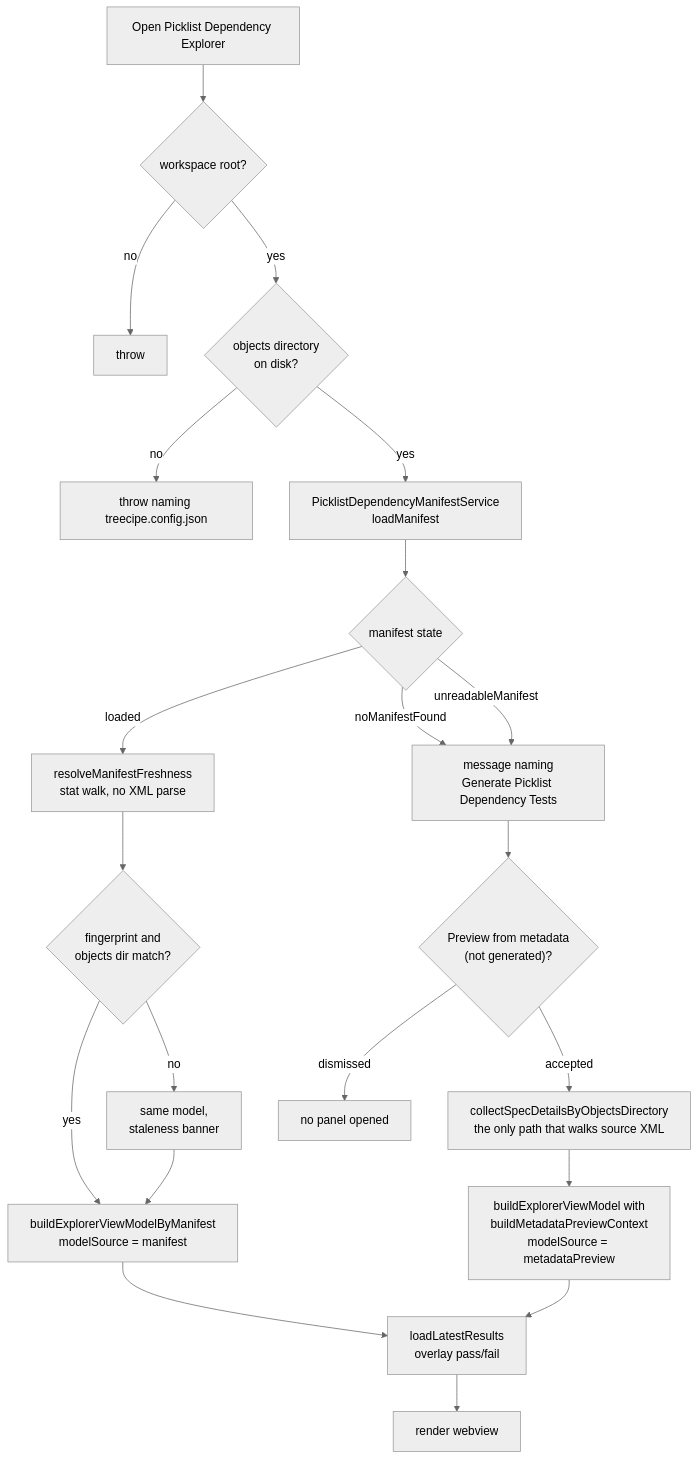
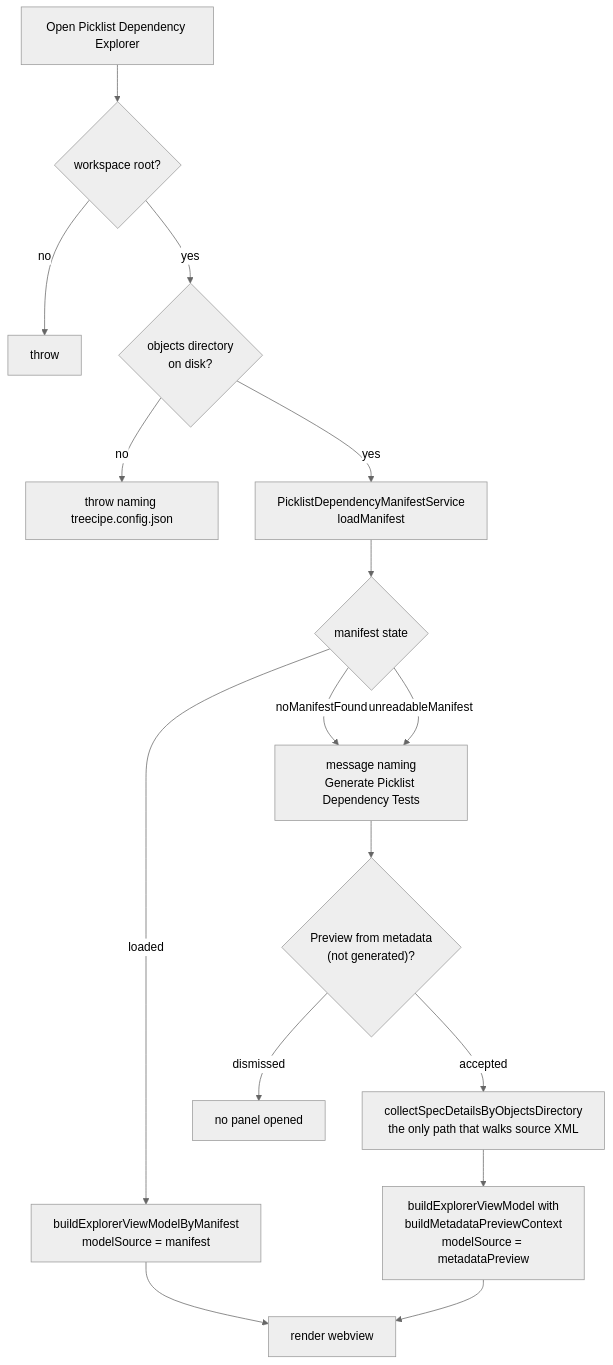
The ninth of 10 diagrams in scripts/picklist-dependency-demo/PICKLIST-DEPENDENCY-FLOW.md (jdschleicher/Salesforce-Data-Treecipe), drawn with Mermaid (neutral theme) before and after one commit. The commit also changed other lines of this file and 9 other files, not shown here.

````diff
--- a/scripts/picklist-dependency-demo/PICKLIST-DEPENDENCY-FLOW.md
+++ b/scripts/picklist-dependency-demo/PICKLIST-DEPENDENCY-FLOW.md
@@ -488,28 +490,23 @@
 ```mermaid
 flowchart TD
     START["Open Picklist Dependency Explorer"] --> ROOT{"workspace root?"}
     ROOT -- no --> THROW1["throw"]
     ROOT -- yes --> OBJDIR{"objects directory<br/>on disk?"}
     OBJDIR -- no --> THROW2["throw naming treecipe.config.json"]
     OBJDIR -- yes --> LOAD["PicklistDependencyManifestService<br/>loadManifest"]
 
     LOAD --> STATE{"manifest state"}
 
-    STATE -- loaded --> FRESH["resolveManifestFreshness<br/>stat walk, no XML parse"]
-    FRESH --> VERDICT{"fingerprint and<br/>objects dir match?"}
-    VERDICT -- yes --> MODEL["buildExplorerViewModelByManifest<br/>modelSource = manifest"]
-    VERDICT -- no --> STALE["same model,<br/>staleness banner"]
-    STALE --> MODEL
+    STATE -- loaded --> MODEL["buildExplorerViewModelByManifest<br/>modelSource = manifest"]
 
     STATE -- noManifestFound --> OFFER["message naming<br/>Generate Picklist Dependency Tests"]
     STATE -- unreadableManifest --> OFFER
 
     OFFER --> CHOICE{"Preview from metadata<br/>(not generated)?"}
     CHOICE -- dismissed --> STOP["no panel opened"]
     CHOICE -- accepted --> SCAN["collectSpecDetailsByObjectsDirectory<br/>the only path that walks source XML"]
     SCAN --> PREVIEW["buildExplorerViewModel with<br/>buildMetadataPreviewContext<br/>modelSource = metadataPreview"]
 
-    MODEL --> RESULTS["loadLatestResults<br/>overlay pass/fail"]
-    PREVIEW --> RESULTS
-    RESULTS --> PANEL["render webview"]
+    MODEL --> PANEL["render webview"]
+    PREVIEW --> PANEL
 ```
````
